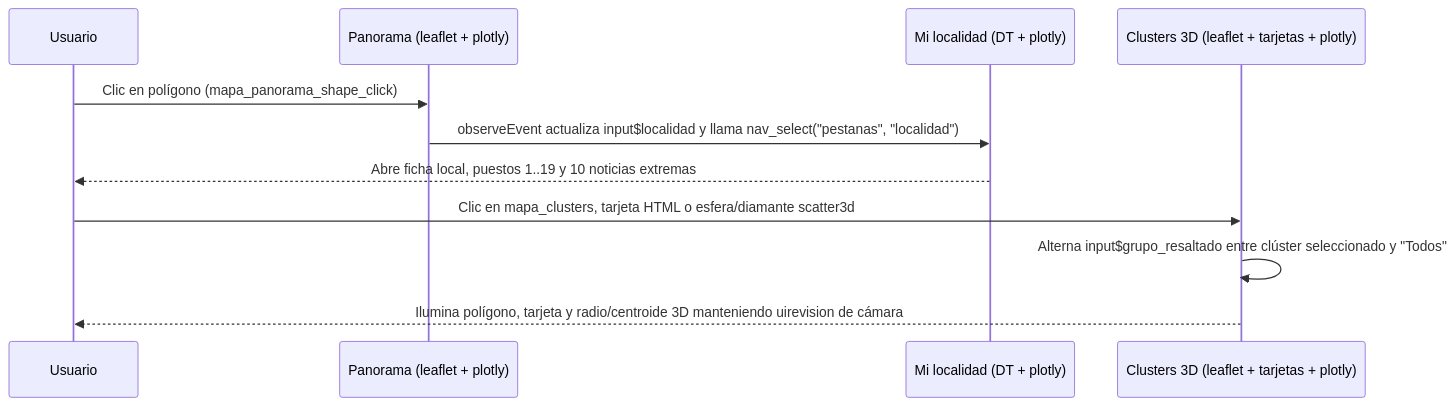
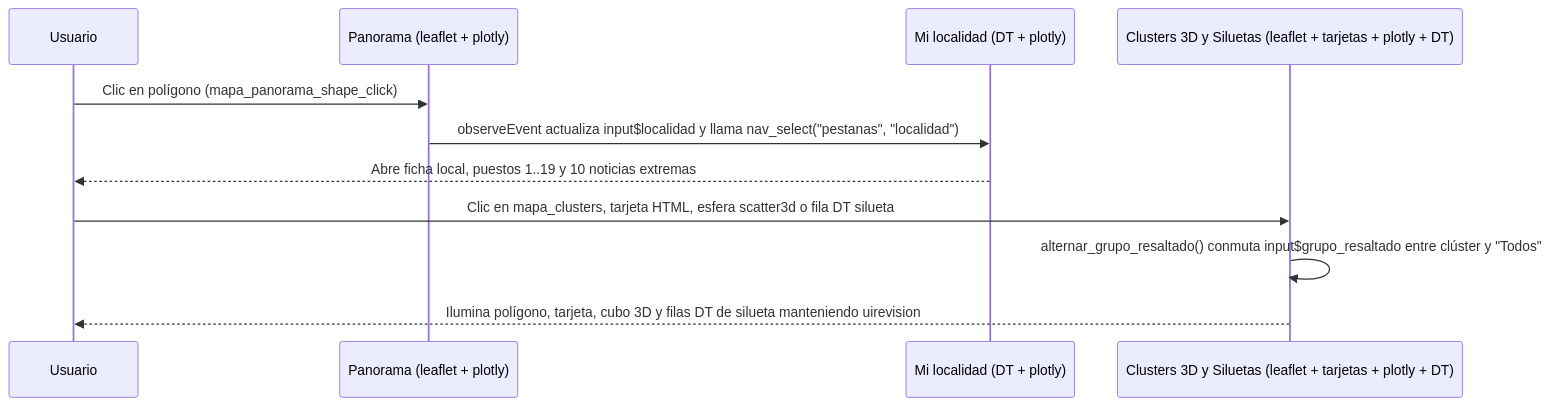
One commit to juanjo-edm/Repo_Entrega_Final_Taller_R changed the second of 2 diagrams in output/guia_estudio/04_aplicacion_shiny/arquitectura_bogo_atrack_shiny.md. Above: the diagram before and after it, drawn with Mermaid. The commit also changed other lines of this file and 3 other files, not shown here.

Commit message:
feat(app): agrega tabla interactiva de siluetas S(i) en Clusters y sincroniza guias

````diff
--- a/output/guia_estudio/04_aplicacion_shiny/arquitectura_bogo_atrack_shiny.md
+++ b/output/guia_estudio/04_aplicacion_shiny/arquitectura_bogo_atrack_shiny.md
@@ -33,15 +33,15 @@
 ```mermaid
 sequenceDiagram
     participant U as Usuario
     participant Pan as Panorama (leaflet + plotly)
     participant Loc as Mi localidad (DT + plotly)
-    participant Clu as Clusters 3D (leaflet + tarjetas + plotly)
+    participant Clu as Clusters 3D y Siluetas (leaflet + tarjetas + plotly + DT)
 
     U->>Pan: Clic en polígono (mapa_panorama_shape_click)
     Pan->>Loc: observeEvent actualiza input$localidad y llama nav_select("pestanas", "localidad")
     Loc-->>U: Abre ficha local, puestos 1..19 y 10 noticias extremas
 
-    U->>Clu: Clic en mapa_clusters, tarjeta HTML o esfera/diamante scatter3d
-    Clu->>Clu: Alterna input$grupo_resaltado entre clúster seleccionado y "Todos"
-    Clu-->>U: Ilumina polígono, tarjeta y radio/centroide 3D manteniendo uirevision de cámara
+    U->>Clu: Clic en mapa_clusters, tarjeta HTML, esfera scatter3d o fila DT silueta
+    Clu->>Clu: alternar_grupo_resaltado() conmuta input$grupo_resaltado entre clúster y "Todos"
+    Clu-->>U: Ilumina polígono, tarjeta, cubo 3D y filas DT de silueta manteniendo uirevision
 ```
````
